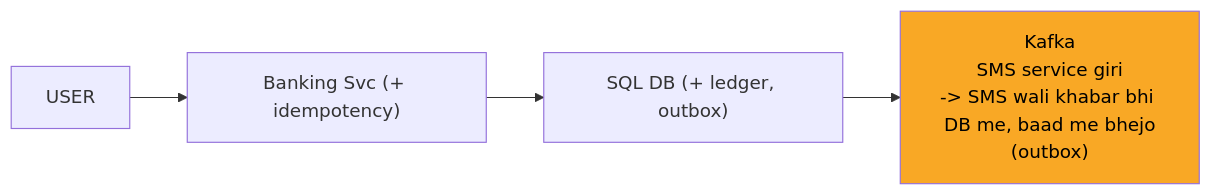
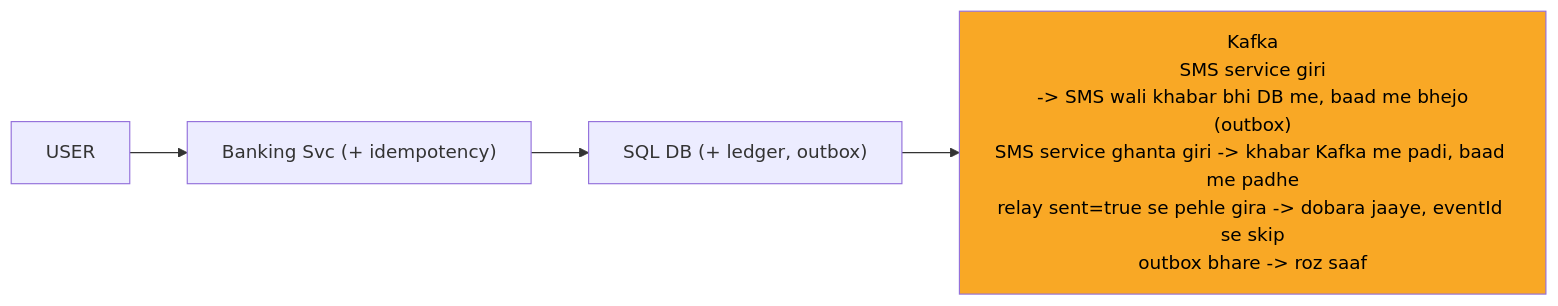
The sixth of 13 diagrams in 04_HLD/SYSTEM_DESIGNS/13_banking_system/13_banking_system.md (ArpanMaheshwari144/Prep), drawn with Mermaid before and after one commit. The commit also changed other lines of this file and 12 other files, not shown here.

Commit message:
hld 02-14: peele dabbe me SAFAR ke mod + diagram chauda (wrappingWidth 450)

````diff
--- a/04_HLD/SYSTEM_DESIGNS/13_banking_system/13_banking_system.md
+++ b/04_HLD/SYSTEM_DESIGNS/13_banking_system/13_banking_system.md
@@ -199,11 +204,12 @@
 ```mermaid
+%%{init: {"flowchart": {"wrappingWidth": 450}}}%%
 flowchart LR
     n_USER["USER"]
     n_SVC["Banking Svc (+ idempotency)"]
     n_DB["SQL DB (+ ledger, outbox)"]
-    n_K["Kafka<br/>SMS service giri<br/>-> SMS wali khabar bhi DB me, baad me bhejo<br/>(outbox)"]
+    n_K["Kafka<br/>SMS service giri<br/>-> SMS wali khabar bhi DB me, baad me bhejo<br/>(outbox)<br/>SMS service ghanta giri -> khabar Kafka me padi, baad me padhe<br/>relay sent=true se pehle gira -> dobara jaaye, eventId se skip<br/>outbox bhare -> roz saaf"]
     n_USER --> n_SVC
     n_SVC --> n_DB
     n_DB --> n_K
     style n_K fill:#f9a825,color:#000
 ```
````
